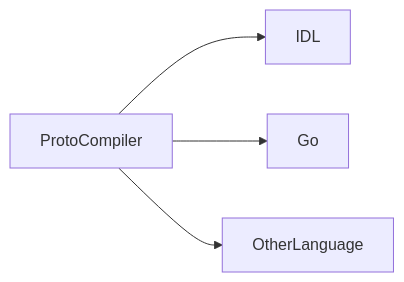
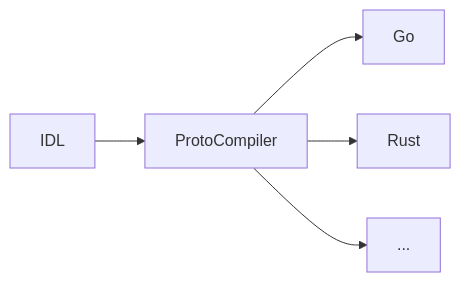
The diagram in example/protos/README.md (eloylp/goomerang), drawn with Mermaid before and after one commit.

Commit message:
Docs, update diagram

````diff
--- a/example/protos/README.md
+++ b/example/protos/README.md
@@ -12,6 +12,7 @@
 ```mermaid
 graph LR;
-ProtoCompiler-->IDL;
+IDL-->ProtoCompiler;
 ProtoCompiler-->Go;
-ProtoCompiler-->OtherLanguage;
+ProtoCompiler-->Rust;
+ProtoCompiler-->...;
 ```
````
